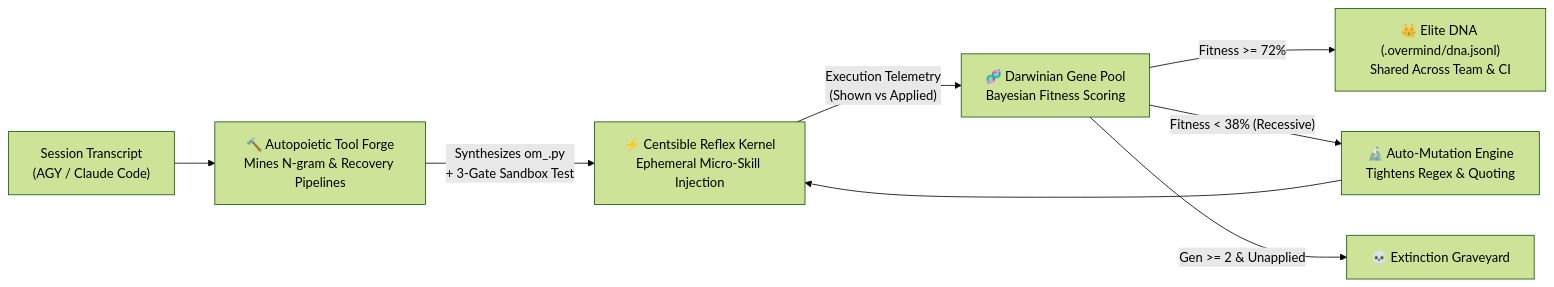
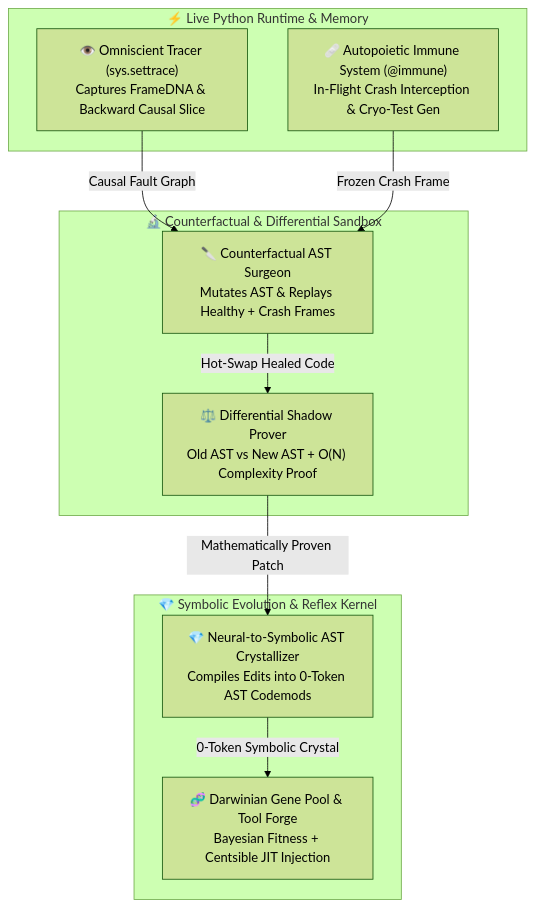
One commit to ntrieuvi97/thauthi changed the diagram in README.md. Above: the diagram before and after it, drawn with Mermaid (forest theme). The commit also changed other lines of this file and 21 other files, not shown here.

Commit message:
release: v2.0.0 (Omniscient Autopoietic Kernel, Runtime Tracer, Self-Healing AST Surgery, Differential Shadow Prover, Symbolic AST Crystallizer & Universal Repo Init)

````diff
--- a/README.md
+++ b/README.md
@@ -46,10 +31,23 @@
 ```mermaid
-flowchart LR
-    T["Session Transcript\n(AGY / Claude Code)"] --> TF["🔨 Autopoietic Tool Forge\nMines N-gram & Recovery Pipelines"]
-    TF -->|"Synthesizes om_<tool>.py\n+ 3-Gate Sandbox Test"| CK["⚡ Centsible Reflex Kernel\nEphemeral Micro-Skill Injection"]
-    CK -->|"Execution Telemetry\n(Shown vs Applied)"| GP["🧬 Darwinian Gene Pool\nBayesian Fitness Scoring"]
-    GP -->|"Fitness >= 72%"| DNA["👑 Elite DNA (.overmind/dna.jsonl)\nShared Across Team & CI"]
-    GP -->|"Fitness < 38% (Recessive)"| MUT["🔬 Auto-Mutation Engine\nTightens Regex & Quoting"]
-    MUT --> CK
-    GP -->|"Gen >= 2 & Unapplied"| EXT["💀 Extinction Graveyard"]
+flowchart TD
+    subgraph Runtime["⚡ Live Python Runtime & Memory"]
+        OM["👁️ Omniscient Tracer (sys.settrace)\nCaptures FrameDNA & Backward Causal Slice"]
+        IM["🩹 Autopoietic Immune System (@immune)\nIn-Flight Crash Interception & Cryo-Test Gen"]
+    end
+
+    subgraph Sandbox["🔬 Counterfactual & Differential Sandbox"]
+        CS["🔪 Counterfactual AST Surgeon\nMutates AST & Replays Healthy + Crash Frames"]
+        PR["⚖️ Differential Shadow Prover\nOld AST vs New AST + O(N) Complexity Proof"]
+    end
+
+    subgraph Compiler["💎 Symbolic Evolution & Reflex Kernel"]
+        CR["💎 Neural-to-Symbolic AST Crystallizer\nCompiles Edits into 0-Token AST Codemods"]
+        GP["🧬 Darwinian Gene Pool & Tool Forge\nBayesian Fitness + Centsible JIT Injection"]
+    end
+
+    OM -->|"Causal Fault Graph"| CS
+    IM -->|"Frozen Crash Frame"| CS
+    CS -->|"Hot-Swap Healed Code"| PR
+    PR -->|"Mathematically Proven Patch"| CR
+    CR -->|"0-Token Symbolic Crystal"| GP
 ```
````
